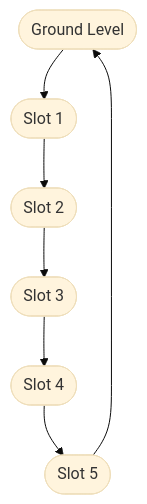
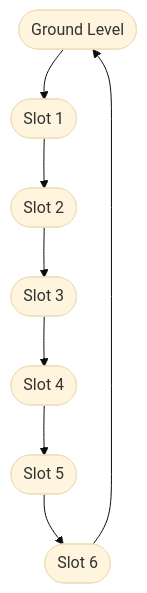
The first of 4 diagrams in docs/architecture.md (snackmasta/PARKING), drawn with Mermaid (base theme) before and after one commit. The commit also changed other lines of this file, not shown here.

Commit message:
Update architecture documentation to reflect the addition of a sixth slot in the vertical rotary parking system

````diff
--- a/docs/architecture.md
+++ b/docs/architecture.md
@@ -3,16 +3,18 @@
 ```mermaid
 flowchart TD
     Ground([Ground Level])
     S1([Slot 1])
     S2([Slot 2])
     S3([Slot 3])
     S4([Slot 4])
     S5([Slot 5])
+    S6([Slot 6])
 
     Ground --> S1
     S1 --> S2
     S2 --> S3
     S3 --> S4
     S4 --> S5
-    S5 --> Ground
+    S5 --> S6
+    S6 --> Ground
 ```
````
